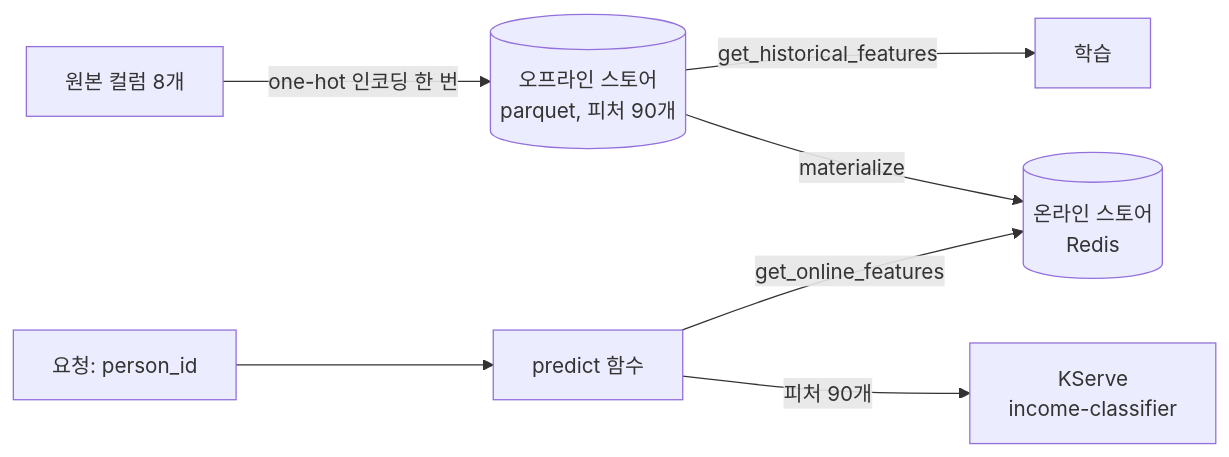
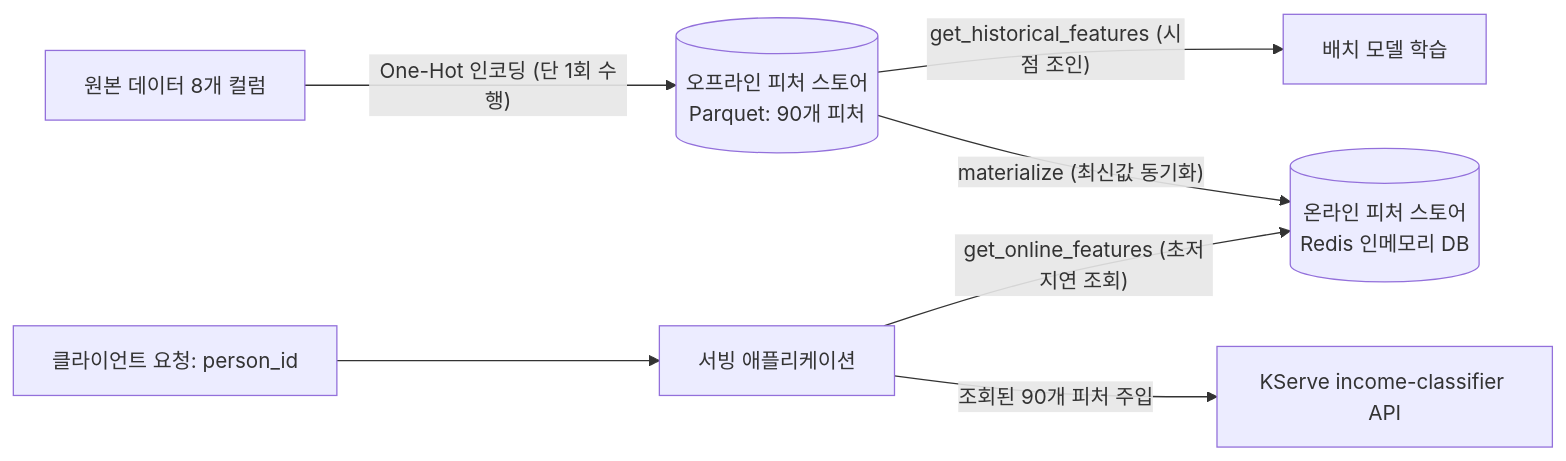
One commit to choisungwook/portfolio changed the diagram in mlops/ml-platform-engineering-part2/docs/13-lab1-feature-store.md. Above: the diagram before and after it, drawn with Mermaid. The commit also changed other lines of this file and 16 other files, not shown here.

````diff
--- a/mlops/ml-platform-engineering-part2/docs/13-lab1-feature-store.md
+++ b/mlops/ml-platform-engineering-part2/docs/13-lab1-feature-store.md
@@ -93,9 +30,9 @@
 ```mermaid
 flowchart LR
-  Raw[원본 컬럼 8개] -->|"one-hot 인코딩 한 번"| Off[(오프라인 스토어<br/>parquet, 피처 90개)]
-  Off -->|"get_historical_features"| Train[학습]
-  Off -->|"materialize"| On[(온라인 스토어<br/>Redis)]
-  Client["요청: person_id"] --> App[predict 함수]
-  App -->|"get_online_features"| On
-  App -->|"피처 90개"| KS[KServe<br/>income-classifier]
+  Raw[원본 데이터 8개 컬럼] -->|"One-Hot 인코딩 (단 1회 수행)"| FS[(오프라인 피처 스토어<br/>Parquet: 90개 피처)]
+  FS -->|"get_historical_features (시점 조인)"| Train[배치 모델 학습]
+  FS -->|"materialize (최신값 동기화)"| Redis[(온라인 피처 스토어<br/>Redis 인메모리 DB)]
+  User[클라이언트 요청: person_id] --> App[서빙 애플리케이션]
+  App -->|"get_online_features (초저지연 조회)"| Redis
+  App -->|"조회된 90개 피처 주입"| KServe[KServe income-classifier API]
 ```
````
